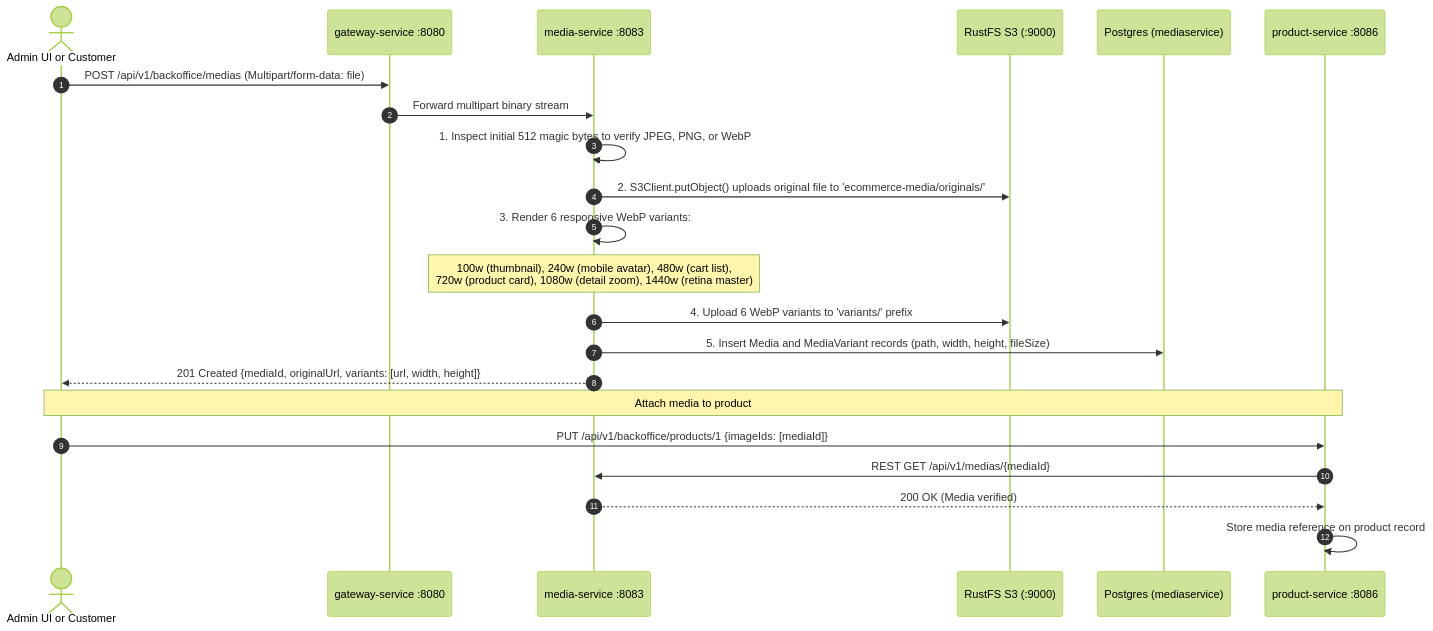
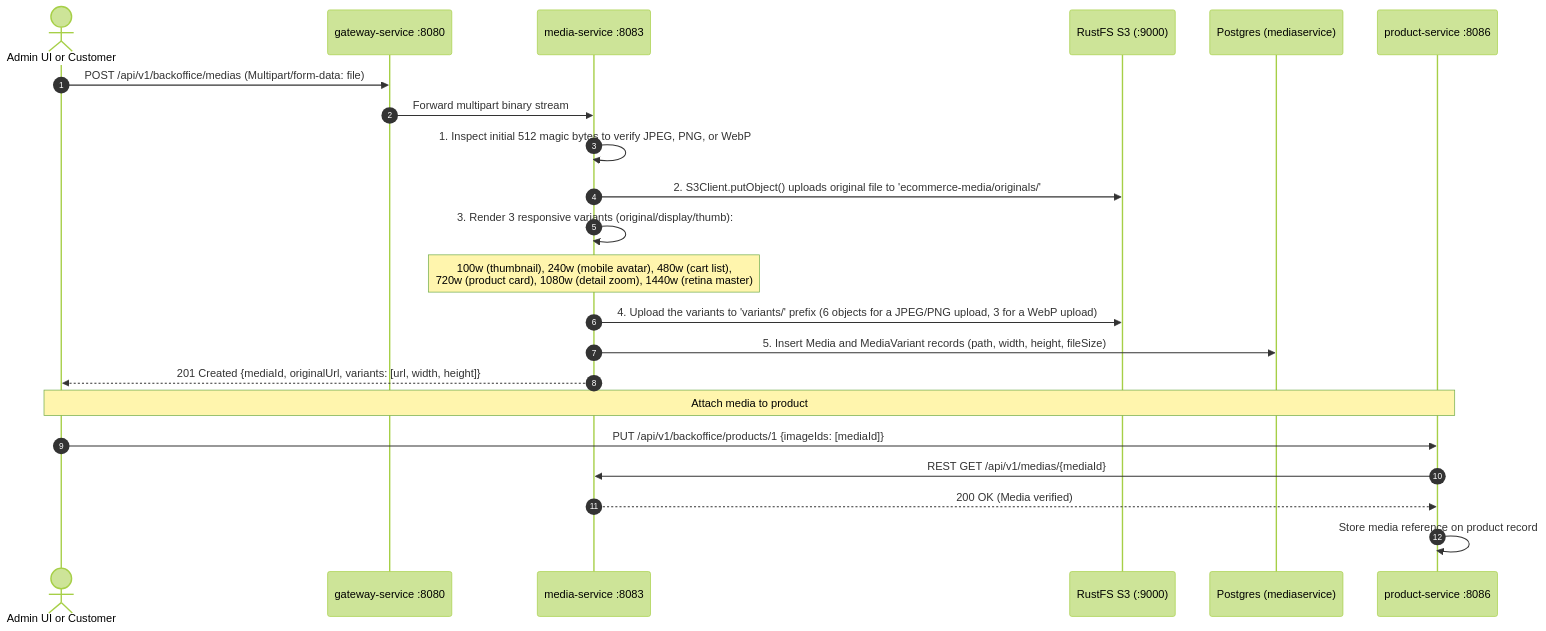
Before and after one commit to tonminhce/petproject: the fourth of 11 diagrams in docs/architecture/MASTER_ARCHITECTURE_ANALYSIS.md, drawn with Mermaid (forest theme). The commit also changed other lines of this file and 20 other files, not shown here.

````diff
--- a/docs/architecture/MASTER_ARCHITECTURE_ANALYSIS.md
+++ b/docs/architecture/MASTER_ARCHITECTURE_ANALYSIS.md
@@ -309,26 +309,26 @@
 ```mermaid
 sequenceDiagram
     autonumber
     actor Client as Admin UI or Customer
     participant GW as gateway-service :8080
     participant MED as media-service :8083
     participant RUSTFS as RustFS S3 (:9000)
     participant DB as Postgres (mediaservice)
     participant PRD as product-service :8086
 
     Client->>GW: POST /api/v1/backoffice/medias (Multipart/form-data: file)
     GW->>MED: Forward multipart binary stream
     MED->>MED: 1. Inspect initial 512 magic bytes to verify JPEG, PNG, or WebP
     MED->>RUSTFS: 2. S3Client.putObject() uploads original file to 'ecommerce-media/originals/'
-    MED->>MED: 3. Render 6 responsive WebP variants:
+    MED->>MED: 3. Render 3 responsive variants (original/display/thumb):
     Note over MED: 100w (thumbnail), 240w (mobile avatar), 480w (cart list),<br/>720w (product card), 1080w (detail zoom), 1440w (retina master)
-    MED->>RUSTFS: 4. Upload 6 WebP variants to 'variants/' prefix
+    MED->>RUSTFS: 4. Upload the variants to 'variants/' prefix (6 objects for a JPEG/PNG upload, 3 for a WebP upload)
     MED->>DB: 5. Insert Media and MediaVariant records (path, width, height, fileSize)
     MED-->>Client: 201 Created {mediaId, originalUrl, variants: [url, width, height]}
 
     Note over Client,PRD: Attach media to product
     Client->>PRD: PUT /api/v1/backoffice/products/1 {imageIds: [mediaId]}
     PRD->>MED: REST GET /api/v1/medias/{mediaId}
     MED-->>PRD: 200 OK (Media verified)
     PRD->>PRD: Store media reference on product record
 ```
````
